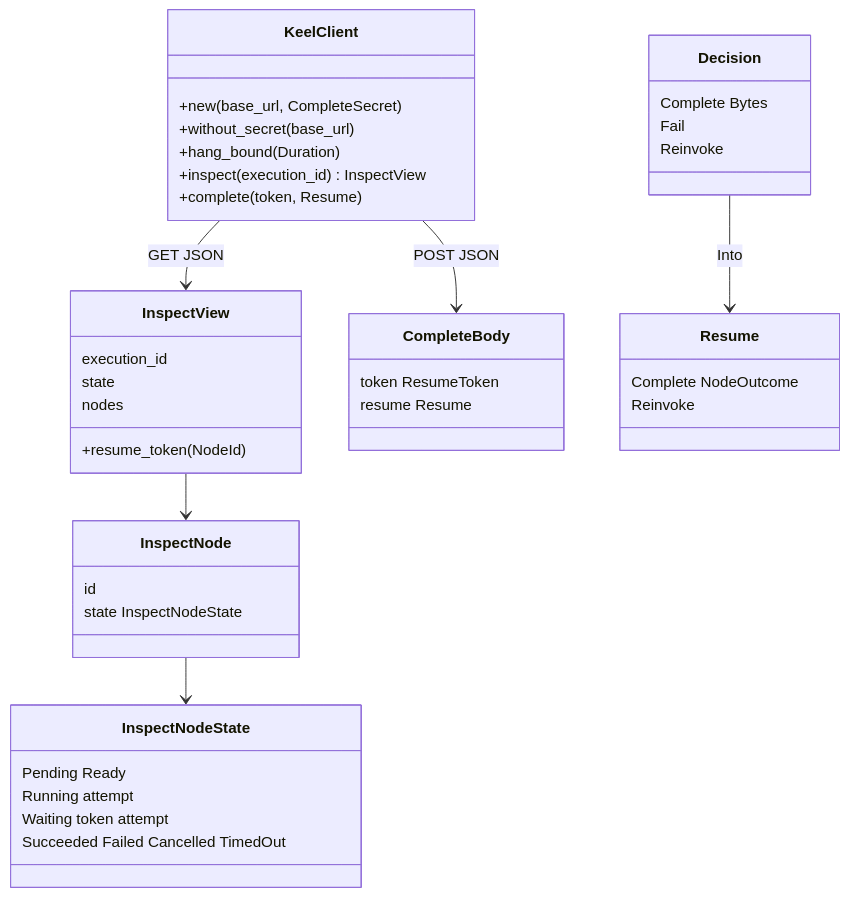
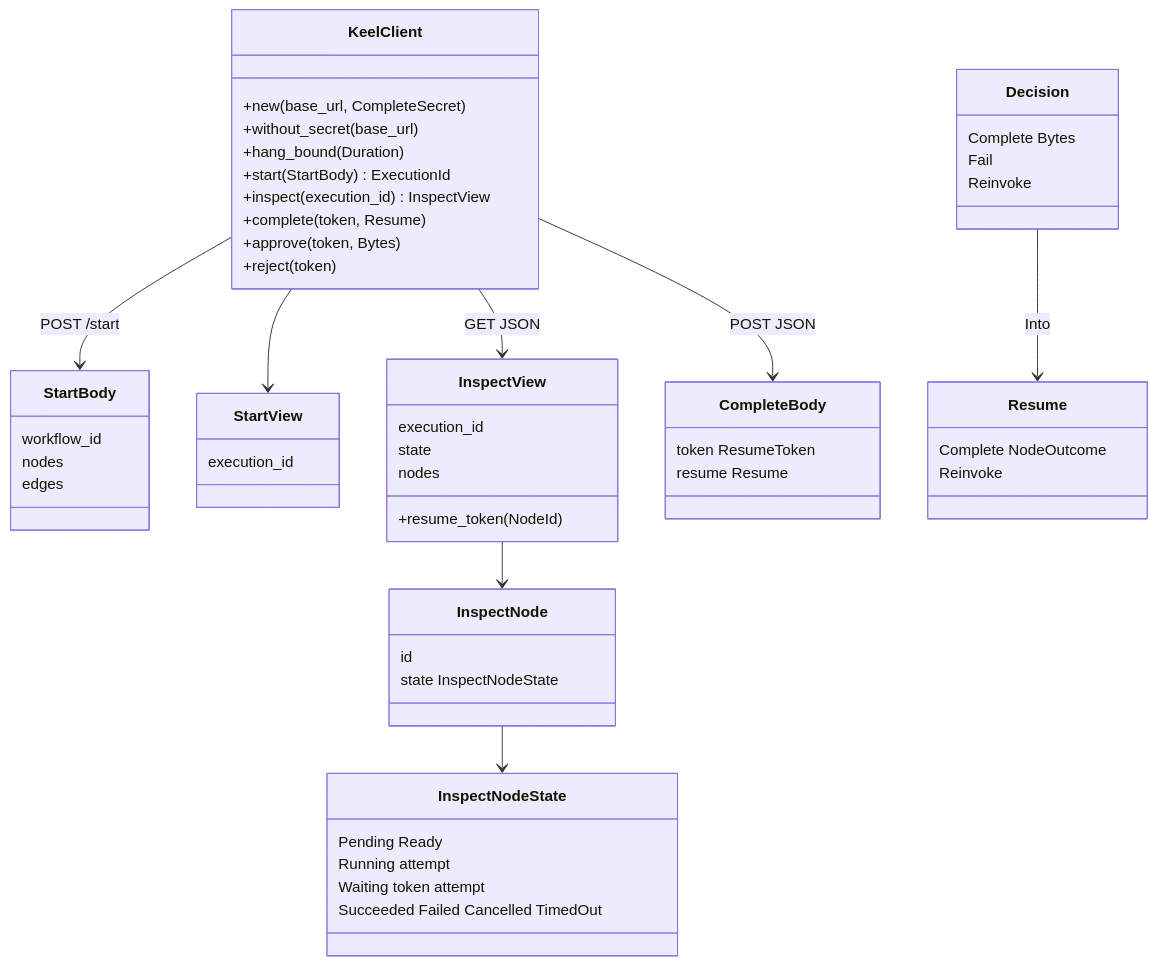
The third of 5 diagrams in docs/ARCHITECTURE.md (nessalabs/keel-rt), drawn with Mermaid before and after one commit. The commit also changed other lines of this file and 9 other files, not shown here.

First line of the commit message:
http: approve and reject map Decision through complete

````diff
--- a/docs/ARCHITECTURE.md
+++ b/docs/ARCHITECTURE.md
@@ -125,44 +131,57 @@
 ```mermaid
 classDiagram
   class KeelClient {
     +new(base_url, CompleteSecret)
     +without_secret(base_url)
     +hang_bound(Duration)
+    +start(StartBody) ExecutionId
     +inspect(execution_id) InspectView
     +complete(token, Resume)
+    +approve(token, Bytes)
+    +reject(token)
+  }
+  class StartBody {
+    workflow_id
+    nodes
+    edges
+  }
+  class StartView {
+    execution_id
   }
   class InspectView {
     execution_id
     state
     nodes
     +resume_token(NodeId)
   }
   class InspectNode {
     id
     state InspectNodeState
   }
   class InspectNodeState {
     Pending Ready
     Running attempt
     Waiting token attempt
     Succeeded Failed Cancelled TimedOut
   }
   class Decision {
     Complete Bytes
     Fail
     Reinvoke
   }
   class CompleteBody {
     token ResumeToken
     resume Resume
   }
   class Resume {
     Complete NodeOutcome
     Reinvoke
   }
   Decision --> Resume : Into
+  KeelClient --> StartBody : POST /start
+  KeelClient --> StartView
   KeelClient --> InspectView : GET JSON
   InspectView --> InspectNode
   InspectNode --> InspectNodeState
   KeelClient --> CompleteBody : POST JSON
 ```
````
